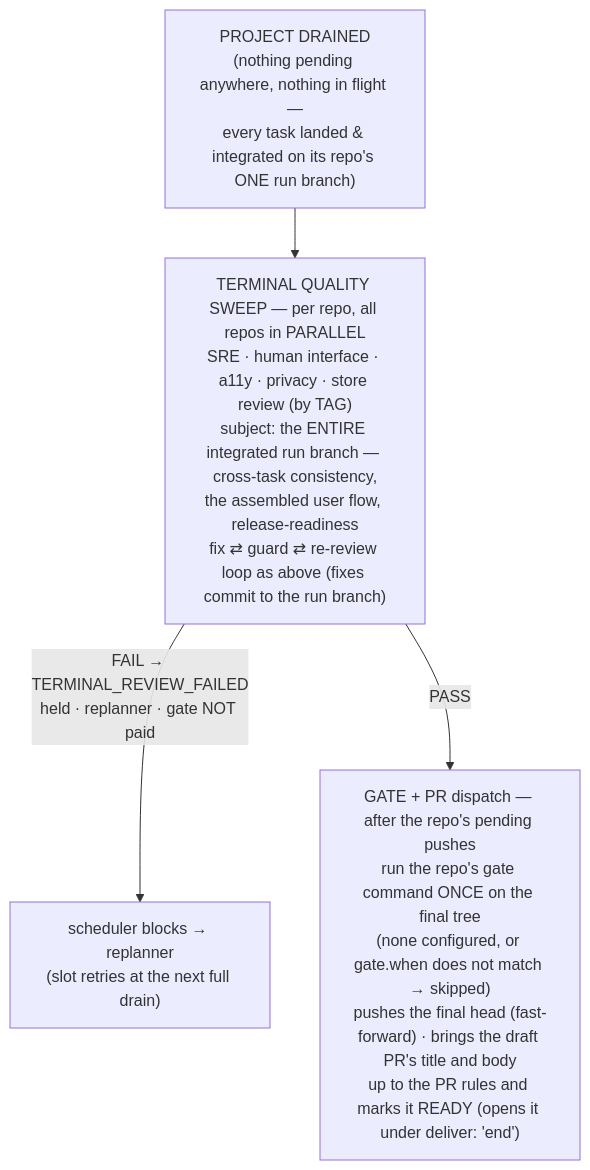
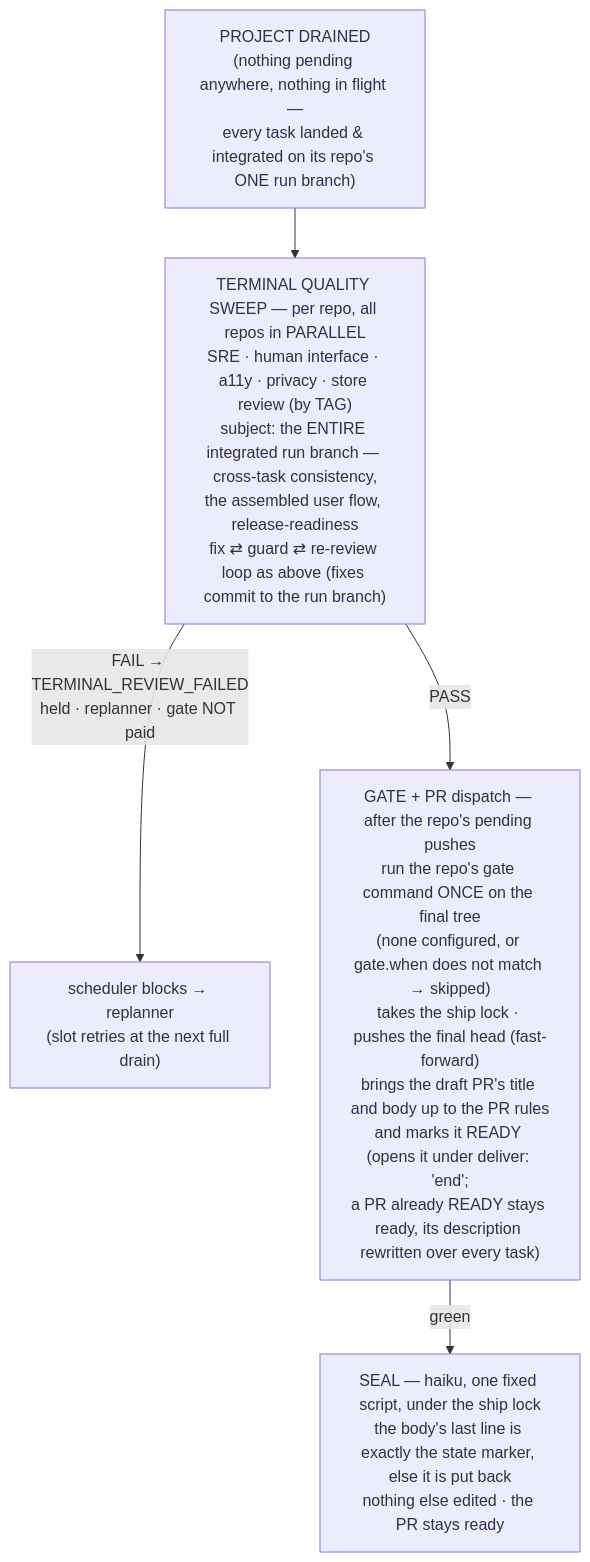
Before and after one commit to laurentlouk/grimoire: the third of 3 diagrams in workflows/README.md, drawn with Mermaid. The commit also changed other lines of this file, not shown here.

````diff
--- a/workflows/README.md
+++ b/workflows/README.md
@@ -266,7 +266,8 @@
 ```mermaid
 flowchart TB
     drained["PROJECT DRAINED\n(nothing pending anywhere, nothing in flight —\nevery task landed &amp; integrated on its repo's ONE run branch)"]
     drained --> sweep["TERMINAL QUALITY SWEEP — per repo, all repos in PARALLEL\nSRE · human interface · a11y · privacy · store review (by TAG)\nsubject: the ENTIRE integrated run branch — cross-task consistency,\nthe assembled user flow, release-readiness\nfix ⇄ guard ⇄ re-review loop as above (fixes commit to the run branch)"]
     sweep -- "FAIL → TERMINAL_REVIEW_FAILED\nheld · replanner · gate NOT paid" --> replan["scheduler blocks → replanner\n(slot retries at the next full drain)"]
-    sweep -- "PASS" --> gate["GATE + PR dispatch — after the repo's pending pushes\nrun the repo's gate command ONCE on the final tree\n(none configured, or gate.when does not match → skipped)\npushes the final head (fast-forward) · brings the draft PR's title and body\nup to the PR rules and marks it READY (opens it under deliver: 'end')"]
+    sweep -- "PASS" --> gate["GATE + PR dispatch — after the repo's pending pushes\nrun the repo's gate command ONCE on the final tree\n(none configured, or gate.when does not match → skipped)\ntakes the ship lock · pushes the final head (fast-forward)\nbrings the draft PR's title and body up to the PR rules\nand marks it READY (opens it under deliver: 'end';\na PR already READY stays ready, its description rewritten over every task)"]
+    gate -- "green" --> seal["SEAL — haiku, one fixed script, under the ship lock\nthe body's last line is exactly the state marker, else it is put back\nnothing else edited · the PR stays ready"]
 ```
````
